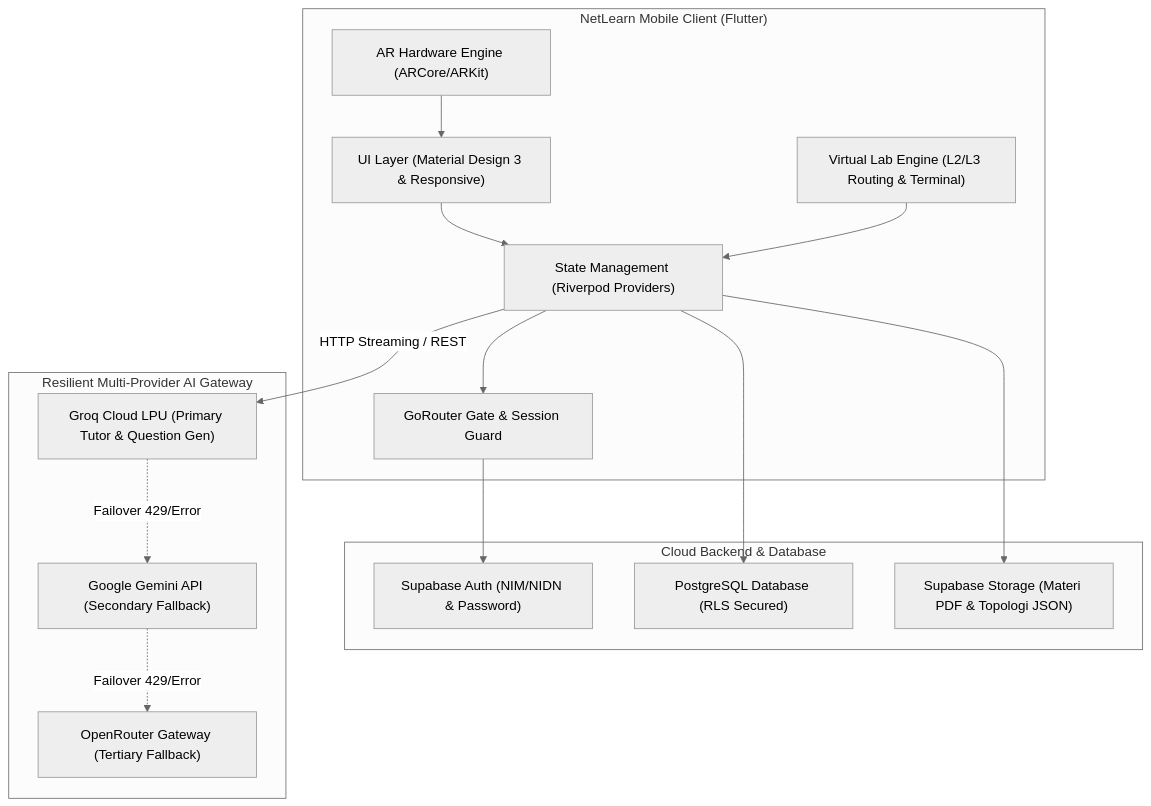
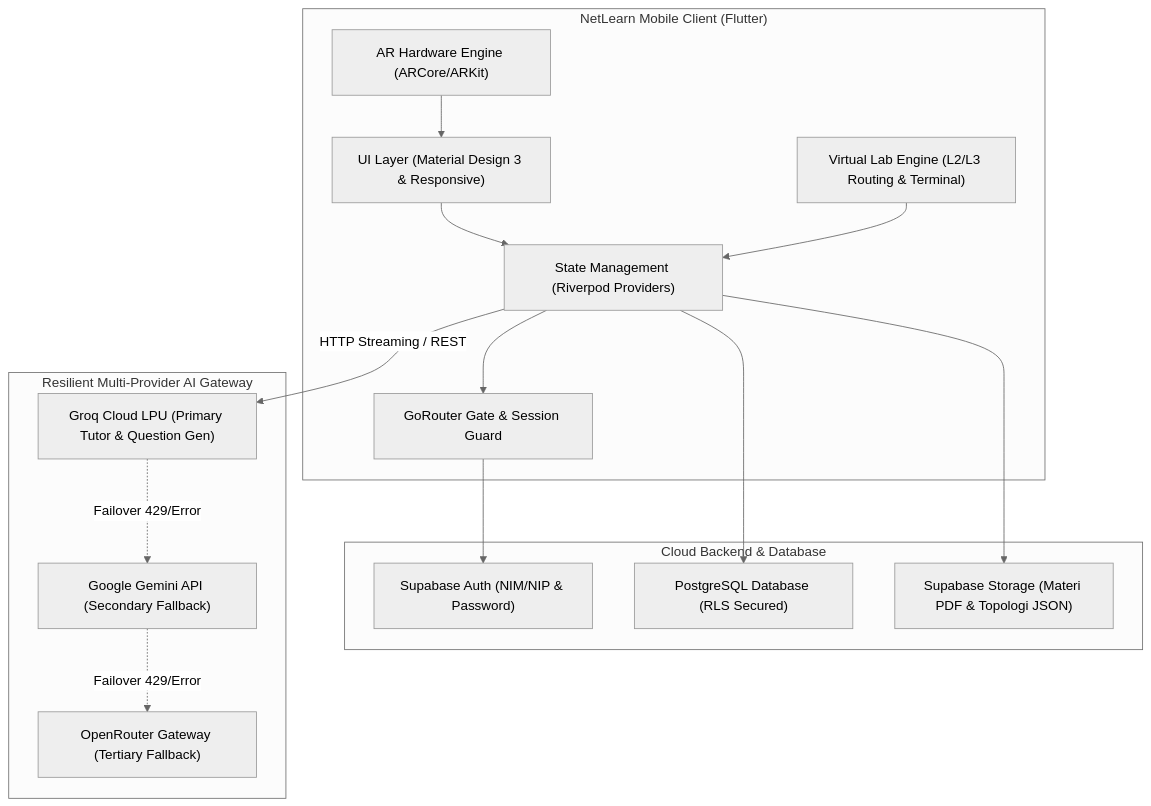
The diagram in README.md (SuponoNotoBoto/Netlearn-Mobile-App), drawn with Mermaid (neutral theme) before and after one commit. The commit also changed other lines of this file and 14 other files, not shown here.

````diff
--- a/README.md
+++ b/README.md
@@ -95,34 +101,34 @@
 ```mermaid
 graph TD
     subgraph Client ["NetLearn Mobile Client (Flutter)"]
         UI["UI Layer (Material Design 3 & Responsive)"]
         Riverpod["State Management (Riverpod Providers)"]
         VLab["Virtual Lab Engine (L2/L3 Routing & Terminal)"]
         AR["AR Hardware Engine (ARCore/ARKit)"]
         Router["GoRouter Gate & Session Guard"]
     end
 
     subgraph Backend ["Cloud Backend & Database"]
-        SupabaseAuth["Supabase Auth (NIM/NIDN & Password)"]
+        SupabaseAuth["Supabase Auth (NIM/NIP & Password)"]
         Postgres["PostgreSQL Database (RLS Secured)"]
         Storage["Supabase Storage (Materi PDF & Topologi JSON)"]
     end
 
     subgraph AIGateway ["Resilient Multi-Provider AI Gateway"]
         Groq["Groq Cloud LPU (Primary Tutor & Question Gen)"]
         Gemini["Google Gemini API (Secondary Fallback)"]
         OpenRouter["OpenRouter Gateway (Tertiary Fallback)"]
     end
 
     UI --> Riverpod
     Riverpod --> Router
     Router --> SupabaseAuth
     Riverpod --> Postgres
     Riverpod --> Storage
     VLab --> Riverpod
     AR --> UI
 
     Riverpod -->|HTTP Streaming / REST| Groq
     Groq -.->|Failover 429/Error| Gemini
     Gemini -.->|Failover 429/Error| OpenRouter
 ```
````
